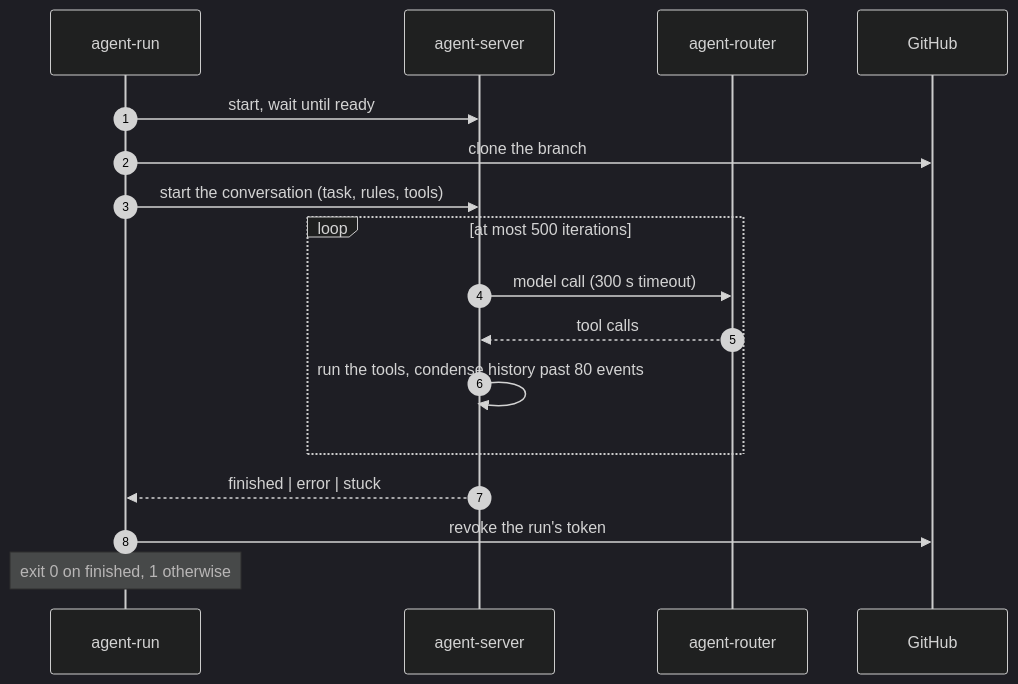
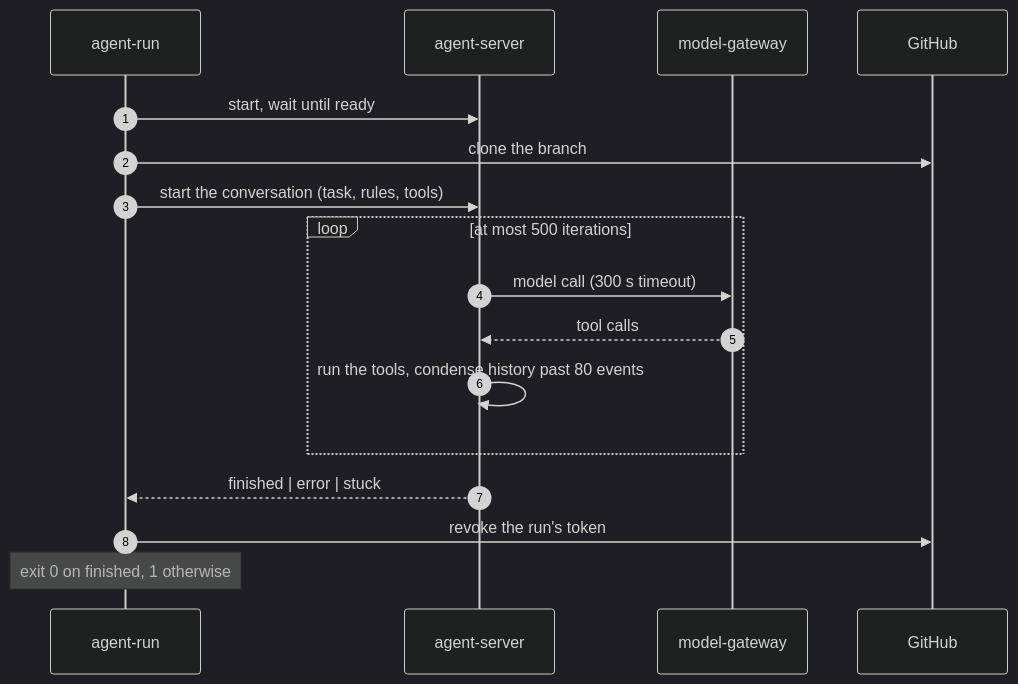
Before and after one commit to Smana/ai-native-ref: the first of 4 diagrams in website/content/docs/operate/tune-a-run.md, drawn with Mermaid (dark theme). The commit also changed other lines of this file and 35 other files, not shown here.

````diff
--- a/website/content/docs/operate/tune-a-run.md
+++ b/website/content/docs/operate/tune-a-run.md
@@ -49,19 +49,19 @@
 ```mermaid
 sequenceDiagram
   autonumber
   participant AR as agent-run
   participant AS as agent-server
-  participant LLM as agent-router
+  participant LLM as model-gateway
   participant GH as GitHub
   AR->>AS: start, wait until ready
   AR->>GH: clone the branch
   AR->>AS: start the conversation (task, rules, tools)
   loop at most 500 iterations
     AS->>LLM: model call (300 s timeout)
     LLM-->>AS: tool calls
     AS->>AS: run the tools, condense history past 80 events
   end
   AS-->>AR: finished | error | stuck
   AR->>GH: revoke the run's token
   Note over AR: exit 0 on finished, 1 otherwise
 ```
````
